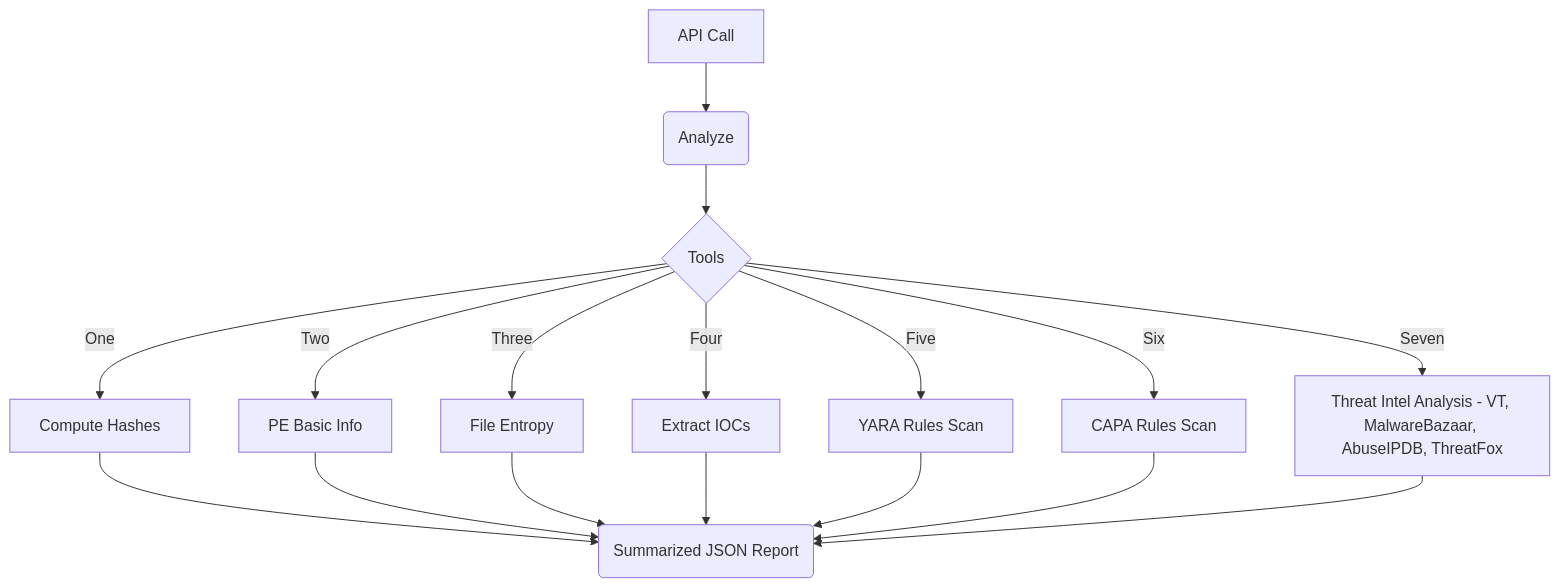
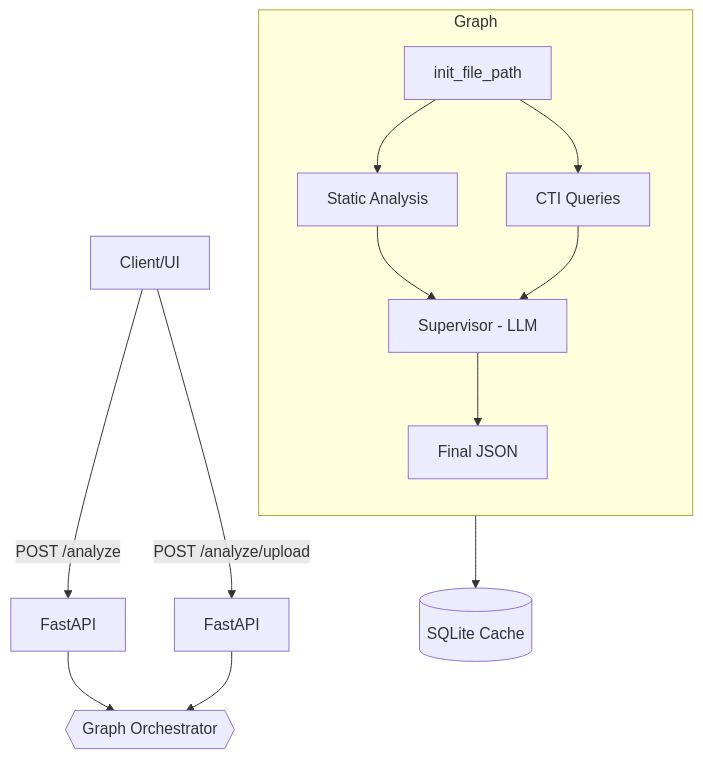
Before and after one commit to akajhon/MalOps-Agent: the diagram in README.md, drawn with Mermaid. The commit also changed other lines of this file and 20 other files, not shown here.

````diff
--- a/README.md
+++ b/README.md
@@ -21,19 +28,18 @@
 ```mermaid
 flowchart TD
-    A[API Call] --> B(Analyze)
-    B --> C{Tools}
-    C -->|One| D[Compute Hashes]
-    C -->|Two| E[PE Basic Info]
-    C -->|Three| F[File Entropy]
-    C -->|Four| G[Extract IOCs]
-    C -->|Five| H[YARA Rules Scan]
-    C -->|Six| I[CAPA Rules Scan]
-    C -->|Seven| J[Threat Intel Analysis - VT, MalwareBazaar, AbuseIPDB, ThreatFox]
-    D --> K(Summarized JSON Report)
-    E --> K
-    F --> K
-    G --> K
-    H --> K
-    I --> K
-    J --> K
+  A[Client/UI] -->|POST /analyze| B[FastAPI]
+  A -->|POST /analyze/upload| B2[FastAPI]
+  B --> C{{Graph Orchestrator}}
+  B2 --> C
+
+  subgraph C_Graph[Graph]
+    direction TB
+    IFP[init_file_path] --> SA[Static Analysis]
+    IFP --> CTI[CTI Queries]
+    SA --> SUP[Supervisor - LLM]
+    CTI --> SUP
+    SUP --> OUT[Final JSON]
+  end
+
+  OUT --> DB[(SQLite Cache)]
 ```
````
